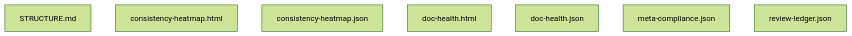
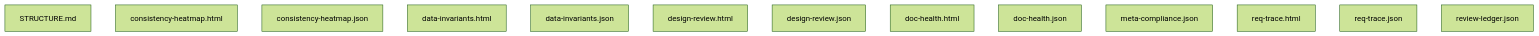
Before and after one commit to andyluss/LiveRefu: the diagram in lab/formal-system/concerns/visual-fallback/viz/STRUCTURE.md, drawn with Mermaid (forest theme). The commit also changed other lines of this file and 9 other files, not shown here.

````diff
--- a/lab/formal-system/concerns/visual-fallback/viz/STRUCTURE.md
+++ b/lab/formal-system/concerns/visual-fallback/viz/STRUCTURE.md
@@ -34,10 +46,16 @@
 ```mermaid
 graph TD
     N0[STRUCTURE.md]
     N1[consistency-heatmap.html]
     N2[consistency-heatmap.json]
-    N3[doc-health.html]
-    N4[doc-health.json]
-    N5[meta-compliance.json]
-    N6[review-ledger.json]
+    N3[data-invariants.html]
+    N4[data-invariants.json]
+    N5[design-review.html]
+    N6[design-review.json]
+    N7[doc-health.html]
+    N8[doc-health.json]
+    N9[meta-compliance.json]
+    N10[req-trace.html]
+    N11[req-trace.json]
+    N12[review-ledger.json]
 ```
````
